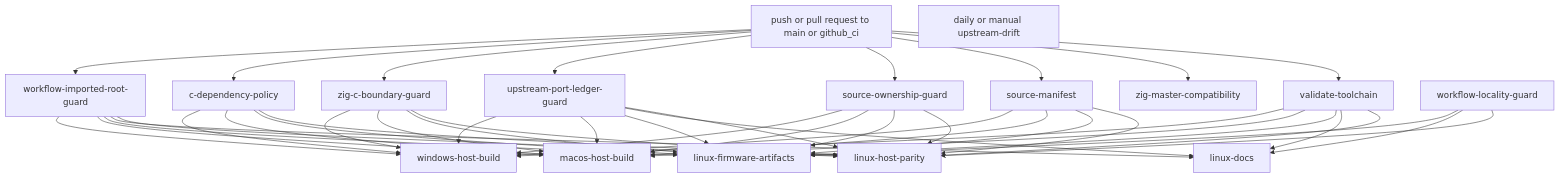
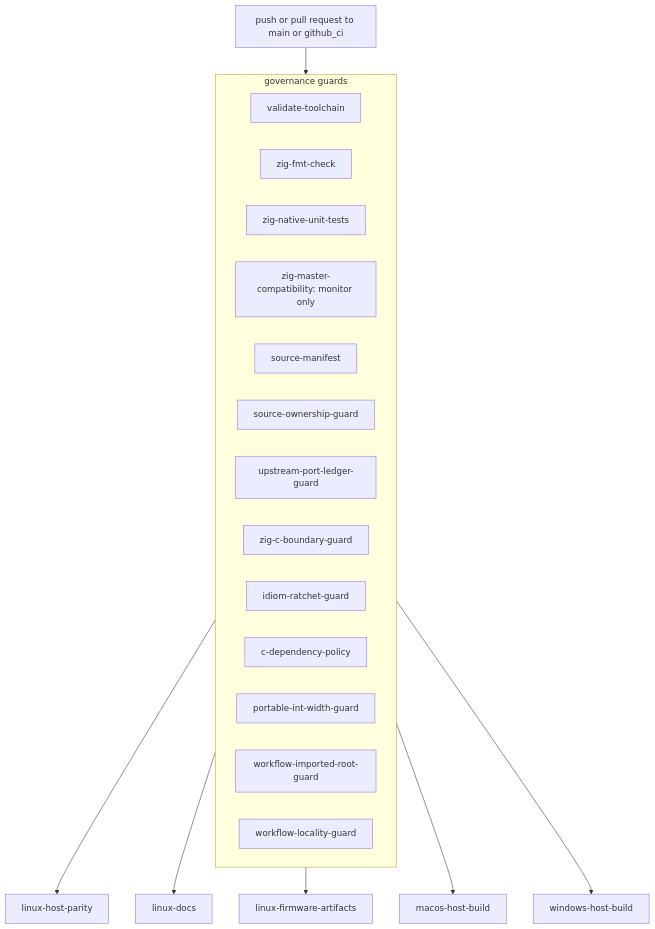
The diagram in zig_docs/60-ci-and-release-workflow.md (ppigazzini/z47), drawn with Mermaid before and after one commit. The commit also changed other lines of this file and 10 other files, not shown here.

````diff
--- a/zig_docs/60-ci-and-release-workflow.md
+++ b/zig_docs/60-ci-and-release-workflow.md
@@ -21,62 +31,27 @@
 ```mermaid
 flowchart TD
   A[push or pull request to main or github_ci]
-  B[validate-toolchain]
-  C[zig-master-compatibility]
-  D[source-manifest]
-  E[source-ownership-guard]
-  F[upstream-port-ledger-guard]
-  G[zig-c-boundary-guard]
-  H[c-dependency-policy]
-  I[workflow-imported-root-guard]
-  J[workflow-locality-guard]
-  K[linux-host-parity]
-  L[linux-docs]
-  M[linux-firmware-artifacts]
-  N[macos-host-build]
-  O[windows-host-build]
-  P[daily or manual upstream-drift]
 
-  A --> B
-  A --> C
-  A --> D
-  A --> E
-  A --> F
-  A --> G
-  A --> H
-  A --> I
-  J --> K
-  B --> K
-  D --> K
-  E --> K
-  F --> K
-  G --> K
-  H --> K
-  I --> K
-  B --> L
-  F --> L
-  I --> L
-  J --> L
-  B --> M
-  D --> M
-  E --> M
-  F --> M
-  G --> M
-  H --> M
-  I --> M
-  J --> M
-  B --> N
-  D --> N
-  E --> N
-  F --> N
-  G --> N
-  H --> N
-  I --> N
-  B --> O
-  D --> O
-  E --> O
-  F --> O
-  G --> O
-  H --> O
-  I --> O
+  subgraph guards[governance guards]
+    B[validate-toolchain]
+    C[zig-fmt-check]
+    D[zig-native-unit-tests]
+    E[zig-master-compatibility: monitor only]
+    F[source-manifest]
+    G[source-ownership-guard]
+    H[upstream-port-ledger-guard]
+    I[zig-c-boundary-guard]
+    J[idiom-ratchet-guard]
+    K[c-dependency-policy]
+    L[portable-int-width-guard]
+    M[workflow-imported-root-guard]
+    N[workflow-locality-guard]
+  end
+
+  A --> guards
+  guards --> P[linux-host-parity]
+  guards --> Q[linux-docs]
+  guards --> R[linux-firmware-artifacts]
+  guards --> S[macos-host-build]
+  guards --> T[windows-host-build]
 ```
````
